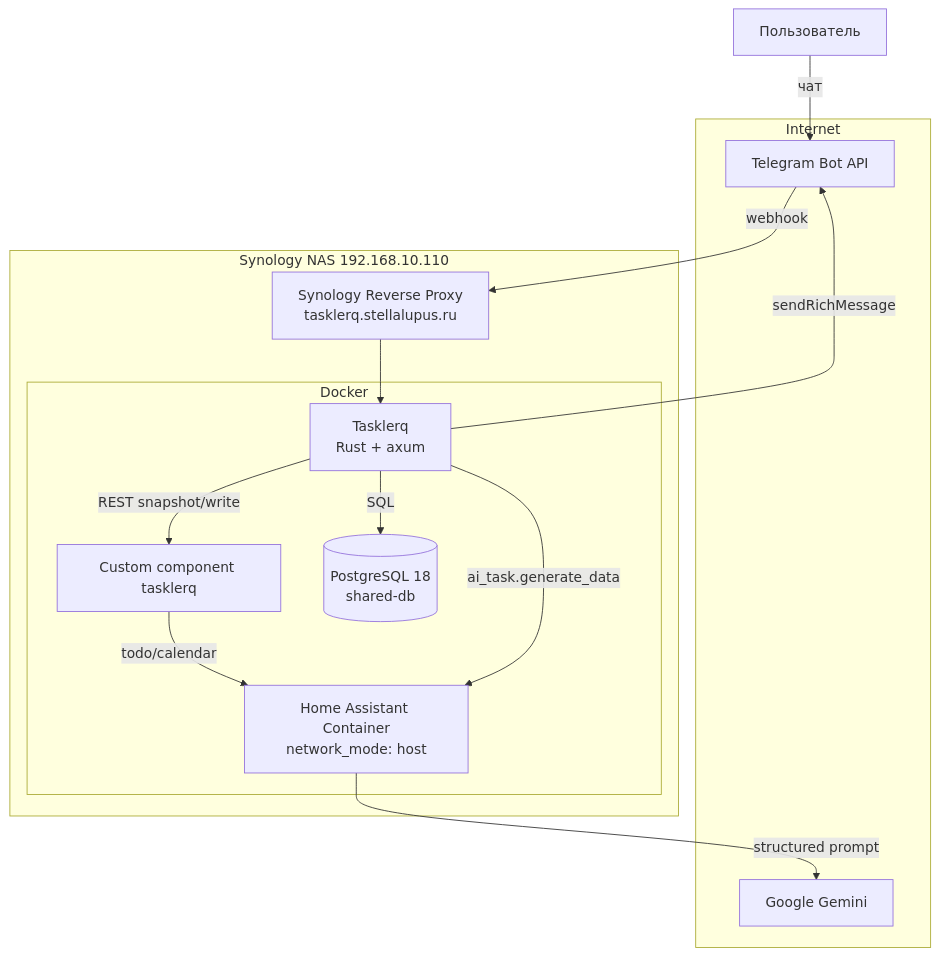
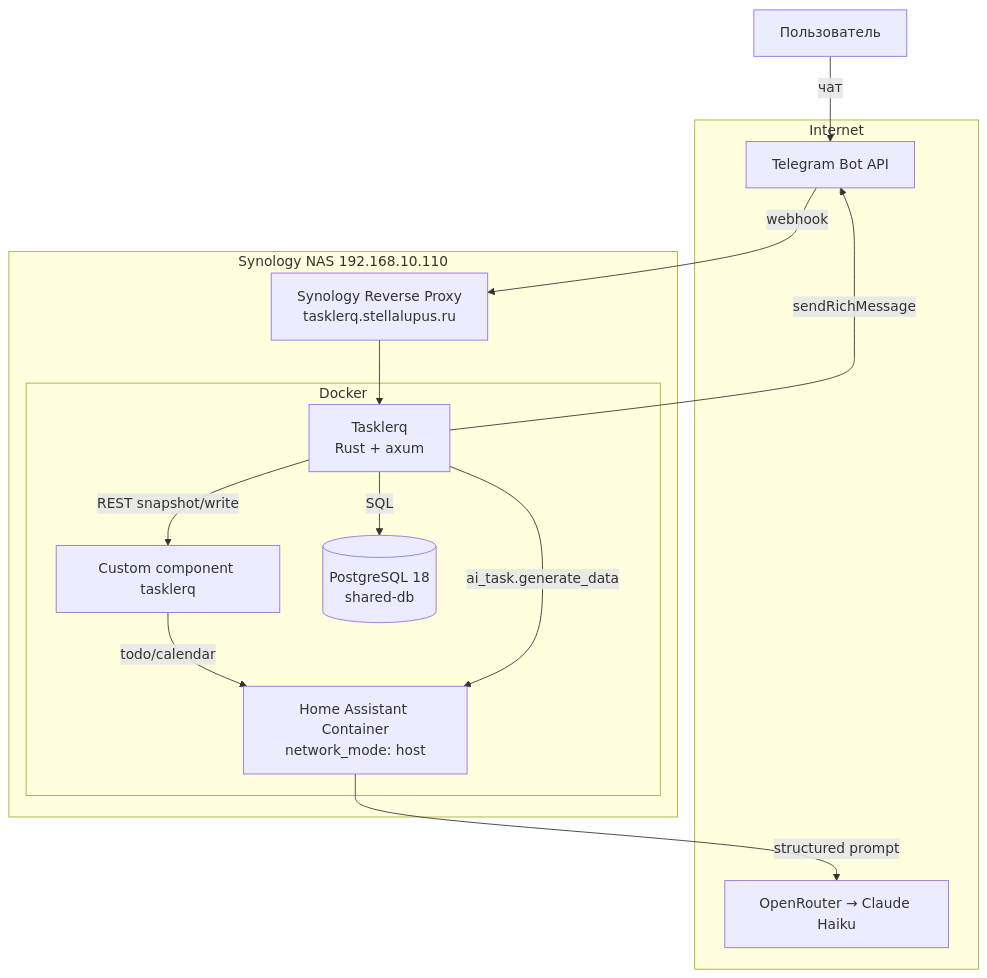
Before and after one commit to StellaLupus/tasklerq: the first of 7 diagrams in docs/architecture.md, drawn with Mermaid. The commit also changed other lines of this file and 11 other files, not shown here.

````diff
--- a/docs/architecture.md
+++ b/docs/architecture.md
@@ -36,26 +36,26 @@
 ```mermaid
 flowchart TB
     subgraph Internet
         TG[Telegram Bot API]
-        GEM[Google Gemini]
+        GEM[OpenRouter → Claude Haiku]
     end
 
     subgraph Host["Synology NAS 192.168.10.110"]
         RP[Synology Reverse Proxy<br/>tasklerq.stellalupus.ru]
         subgraph Docker["Docker"]
             APP[Tasklerq<br/>Rust + axum]
             HA[Home Assistant Container<br/>network_mode: host]
             HAC[Custom component tasklerq]
             DB[(PostgreSQL 18<br/>shared-db)]
         end
     end
 
     U[Пользователь] -->|чат| TG
     TG -->|webhook| RP --> APP
     APP -->|sendRichMessage| TG
     APP -->|REST snapshot/write| HAC
     HAC -->|todo/calendar| HA
     APP -->|ai_task.generate_data| HA
     HA -->|structured prompt| GEM
     APP -->|SQL| DB
 ```
````
